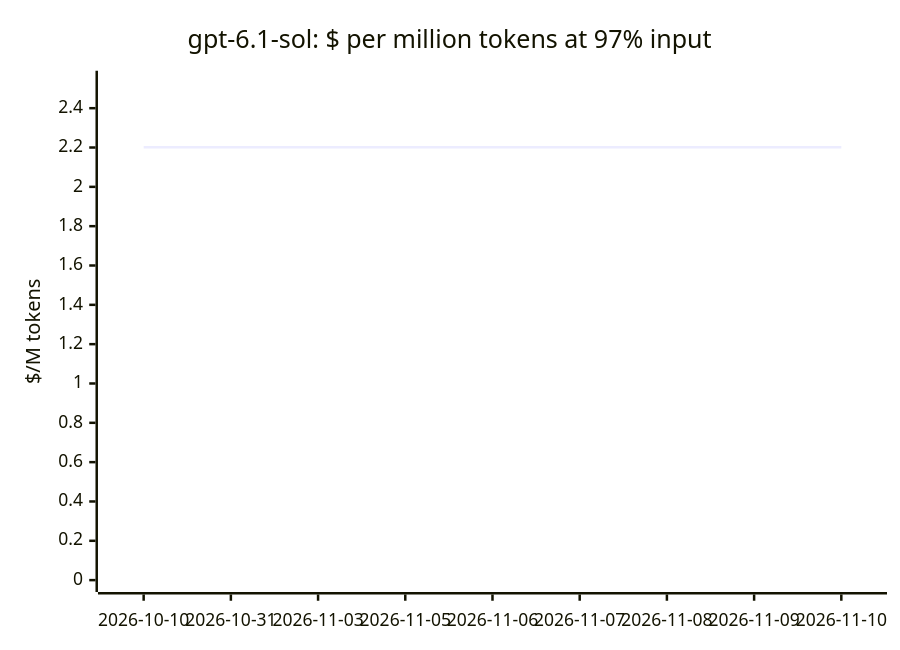
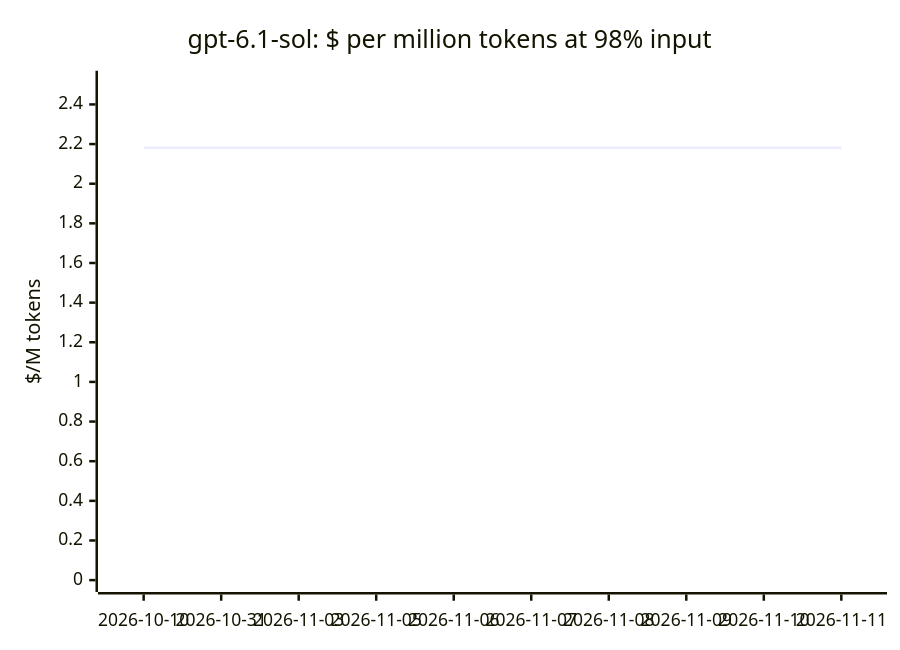
Before and after one commit to cklukas/OMEGA_TRANSFORM: diagram 14 of 19 in docs/openrouter-models.md, drawn with Mermaid. The commit also changed other lines of this file and 43 other files, not shown here.

````diff
--- a/docs/openrouter-models.md
+++ b/docs/openrouter-models.md
@@ -256,7 +256,7 @@
 ```mermaid
 xychart-beta
-    title "gpt-6.1-sol: $ per million tokens at 97% input"
-    x-axis ["2026-10-10", "2026-10-31", "2026-11-03", "2026-11-05", "2026-11-06", "2026-11-07", "2026-11-08", "2026-11-09", "2026-11-10"]
-    y-axis "$/M tokens" 0 --> 2.53
-    line [2.201, 2.201, 2.201, 2.201, 2.201, 2.201, 2.201, 2.201, 2.201]
+    title "gpt-6.1-sol: $ per million tokens at 98% input"
+    x-axis ["2026-10-10", "2026-10-31", "2026-11-03", "2026-11-05", "2026-11-06", "2026-11-07", "2026-11-08", "2026-11-09", "2026-11-10", "2026-11-11"]
+    y-axis "$/M tokens" 0 --> 2.51
+    line [2.181, 2.181, 2.181, 2.181, 2.181, 2.181, 2.181, 2.181, 2.181, 2.181]
 ```
````
